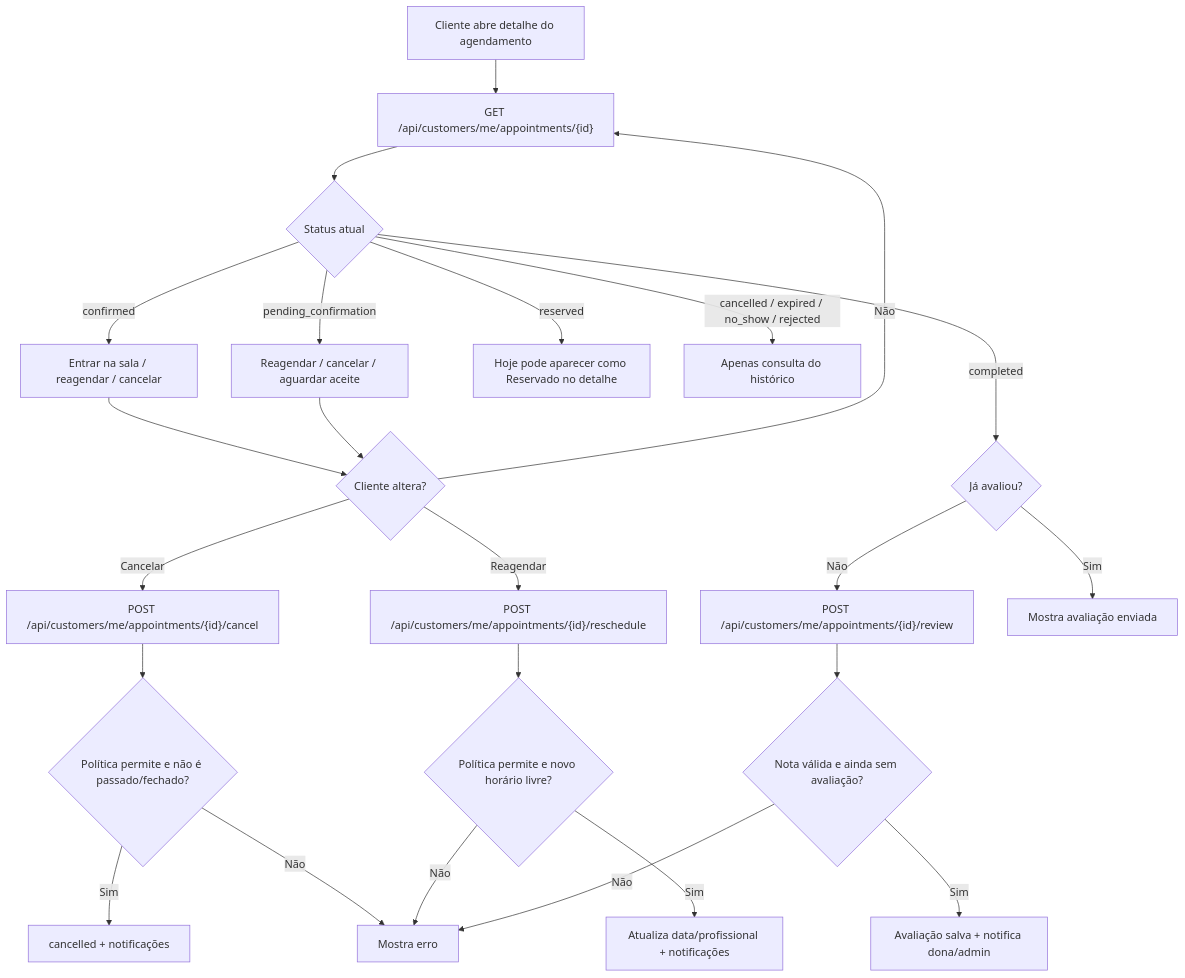
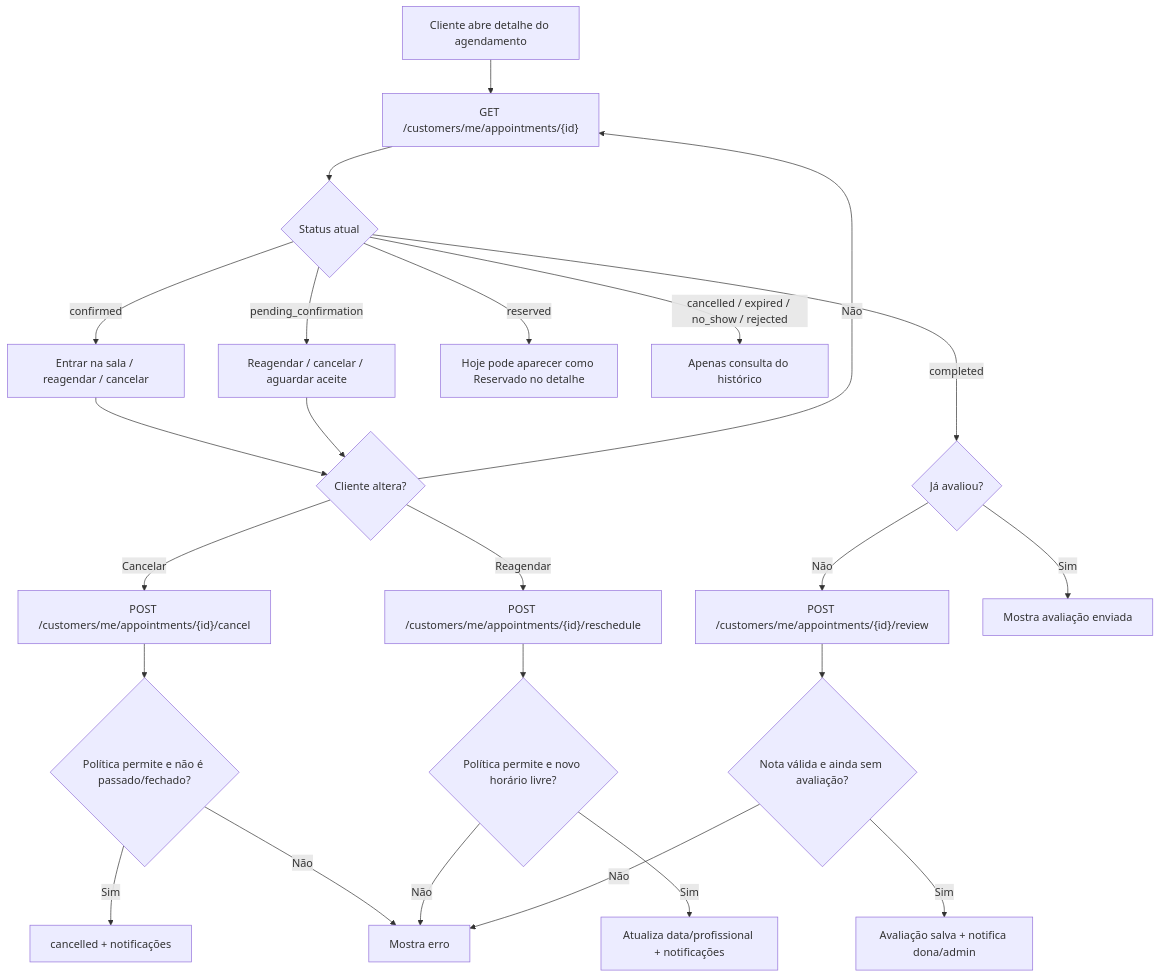
Before and after one commit to ThiDevs/psicologa_agenda: the fourth of 9 diagrams in docs/fluxograma-cenarios.md, drawn with Mermaid. The commit also changed other lines of this file and 12 other files, not shown here.

````diff
--- a/docs/fluxograma-cenarios.md
+++ b/docs/fluxograma-cenarios.md
@@ -133,31 +133,31 @@
 ```mermaid
 flowchart TD
-  Appointment["Cliente abre detalhe do agendamento"] --> Details["GET /api/customers/me/appointments/{id}"]
+  Appointment["Cliente abre detalhe do agendamento"] --> Details["GET /customers/me/appointments/{id}"]
   Details --> Status{"Status atual"}
 
   Status -- "confirmed" --> ConfirmedActions["Entrar na sala / reagendar / cancelar"]
   Status -- "pending_confirmation" --> WaitingActions["Reagendar / cancelar / aguardar aceite"]
   Status -- "reserved" --> ReservedActions["Hoje pode aparecer como Reservado no detalhe"]
   Status -- "completed" --> Review{"Já avaliou?"}
   Status -- "cancelled / expired / no_show / rejected" --> Closed["Apenas consulta do histórico"]
 
   ConfirmedActions --> CustomerChange{"Cliente altera?"}
   WaitingActions --> CustomerChange
-  CustomerChange -- "Cancelar" --> CancelApi["POST /api/customers/me/appointments/{id}/cancel"]
-  CustomerChange -- "Reagendar" --> RescheduleApi["POST /api/customers/me/appointments/{id}/reschedule"]
+  CustomerChange -- "Cancelar" --> CancelApi["POST /customers/me/appointments/{id}/cancel"]
+  CustomerChange -- "Reagendar" --> RescheduleApi["POST /customers/me/appointments/{id}/reschedule"]
   CustomerChange -- "Não" --> Details
 
   CancelApi --> CancelRules{"Política permite e não é passado/fechado?"}
   CancelRules -- "Sim" --> Cancelled["cancelled + notificações"]
   CancelRules -- "Não" --> ChangeError["Mostra erro"]
 
   RescheduleApi --> RescheduleRules{"Política permite e novo horário livre?"}
   RescheduleRules -- "Sim" --> Rescheduled["Atualiza data/profissional + notificações"]
   RescheduleRules -- "Não" --> ChangeError
 
-  Review -- "Não" --> ReviewApi["POST /api/customers/me/appointments/{id}/review"]
+  Review -- "Não" --> ReviewApi["POST /customers/me/appointments/{id}/review"]
   Review -- "Sim" --> ReviewDone["Mostra avaliação enviada"]
   ReviewApi --> ReviewOk{"Nota válida e ainda sem avaliação?"}
   ReviewOk -- "Sim" --> ReviewCreated["Avaliação salva + notifica dona/admin"]
   ReviewOk -- "Não" --> ChangeError
 ```
````
